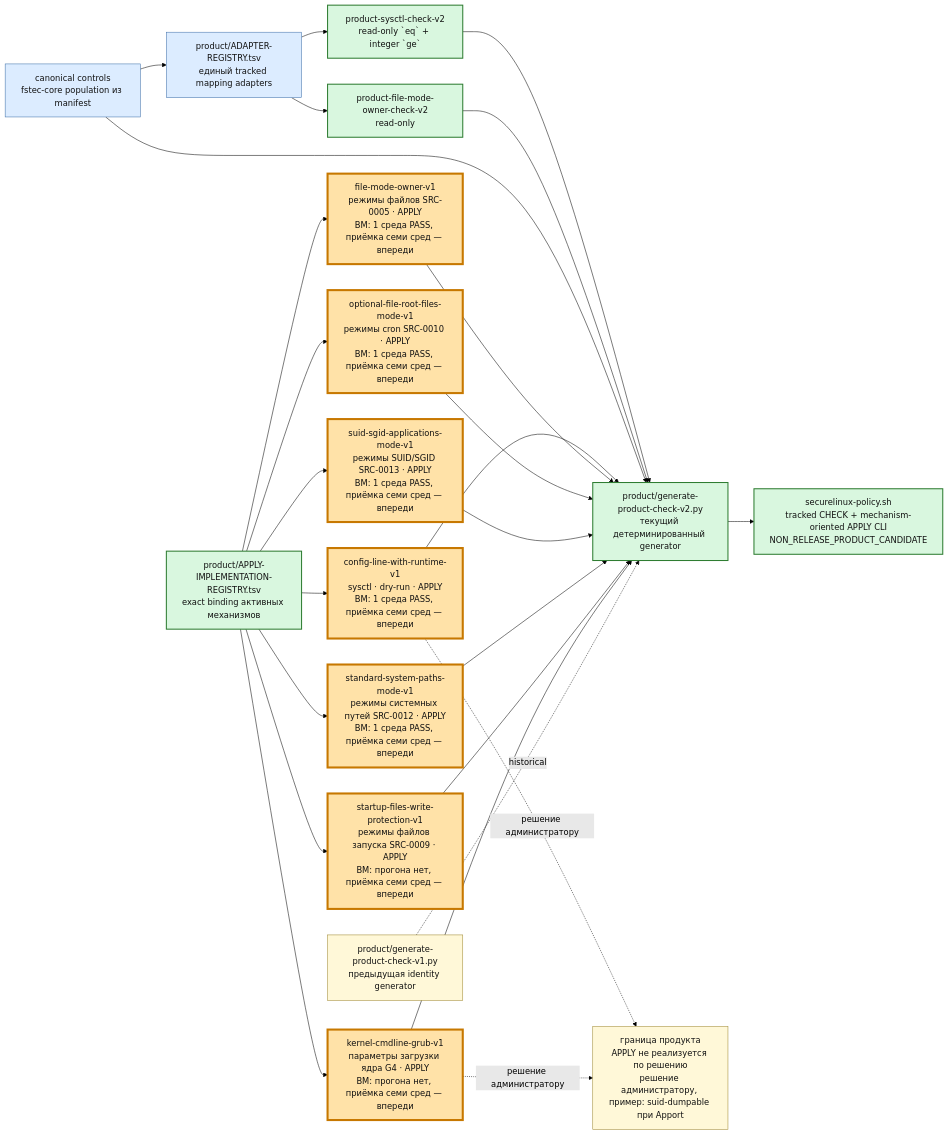
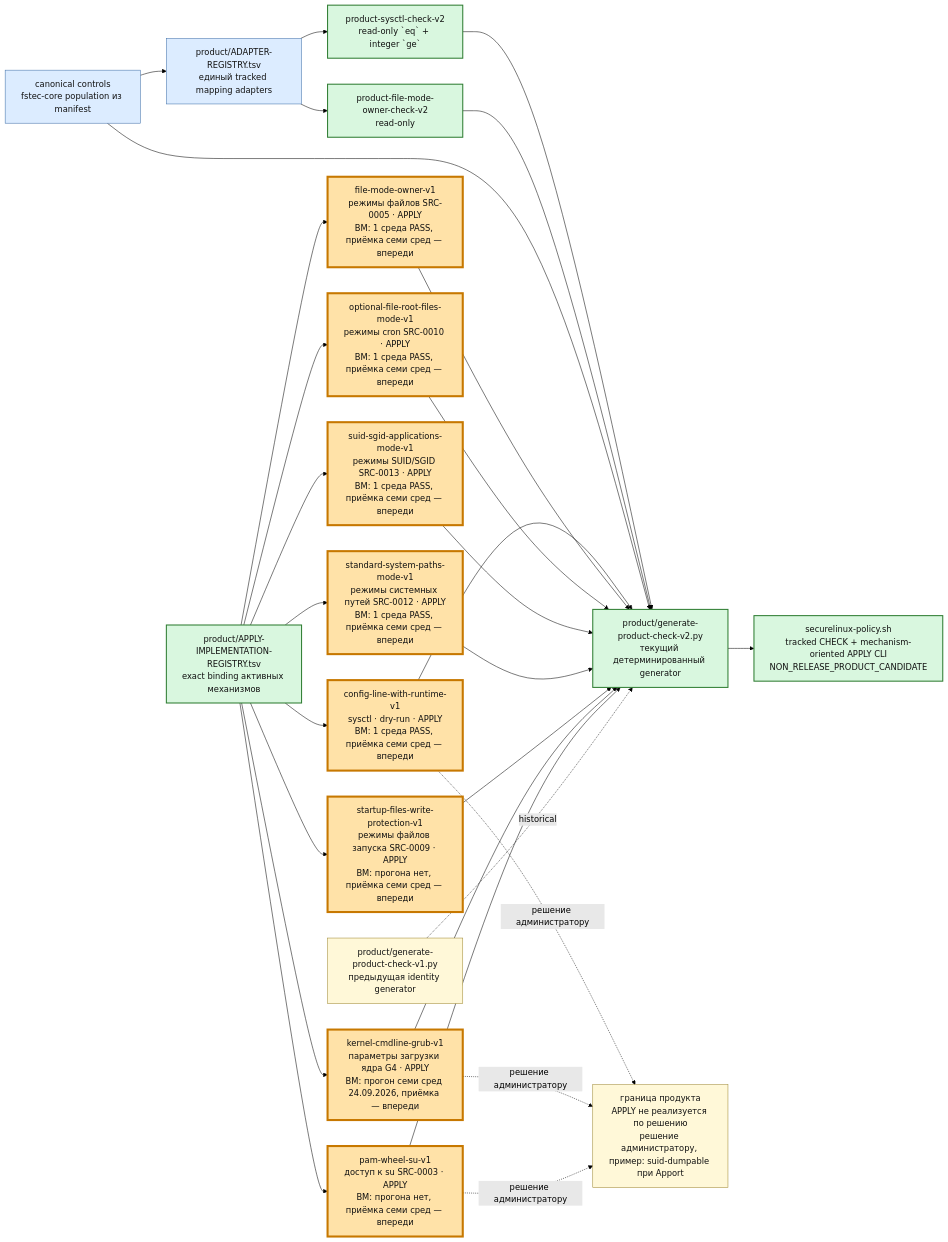
The third of 6 diagrams in docs/PROJECT-MAP.md (rasav65/SecureLinux-Policy), drawn with Mermaid (forest theme) before and after one commit. The commit also changed other lines of this file and 31 other files, not shown here.

First line of the commit message:
product: механизм APPLY pam-wheel-su-v1 для 2.2.1 su-wheel-access

````diff
--- a/docs/PROJECT-MAP.md
+++ b/docs/PROJECT-MAP.md
@@ -206,41 +206,44 @@
 ```mermaid
 flowchart LR
     CTRLNOW["canonical controls<br/>fstec-core population из manifest"]:::component
     REG["product/ADAPTER-REGISTRY.tsv<br/>единый tracked mapping adapters"]:::component
     SYS["product-sysctl-check-v2<br/>read-only `eq` + integer `ge`"]:::closed
     FILE["product-file-mode-owner-check-v2<br/>read-only"]:::closed
     GEN1["product/generate-product-check-v1.py<br/>предыдущая identity generator"]:::note
     GEN2["product/generate-product-check-v2.py<br/>текущий детерминированный generator"]:::closed
     IMPLREG["product/APPLY-IMPLEMENTATION-REGISTRY.tsv<br/>exact binding активных механизмов"]:::closed
     APPLY1["config-line-with-runtime-v1<br/>sysctl · dry-run · APPLY<br/>ВМ: 1 среда PASS, приёмка семи сред — впереди"]:::current
     APPLY2["file-mode-owner-v1<br/>режимы файлов SRC-0005 · APPLY<br/>ВМ: 1 среда PASS, приёмка семи сред — впереди"]:::current
     APPLY3["optional-file-root-files-mode-v1<br/>режимы cron SRC-0010 · APPLY<br/>ВМ: 1 среда PASS, приёмка семи сред — впереди"]:::current
     APPLY4["suid-sgid-applications-mode-v1<br/>режимы SUID/SGID SRC-0013 · APPLY<br/>ВМ: 1 среда PASS, приёмка семи сред — впереди"]:::current
     APPLY5["standard-system-paths-mode-v1<br/>режимы системных путей SRC-0012 · APPLY<br/>ВМ: 1 среда PASS, приёмка семи сред — впереди"]:::current
     APPLY6["startup-files-write-protection-v1<br/>режимы файлов запуска SRC-0009 · APPLY<br/>ВМ: прогона нет, приёмка семи сред — впереди"]:::current
-    APPLY7["kernel-cmdline-grub-v1<br/>параметры загрузки ядра G4 · APPLY<br/>ВМ: прогона нет, приёмка семи сред — впереди"]:::current
+    APPLY7["kernel-cmdline-grub-v1<br/>параметры загрузки ядра G4 · APPLY<br/>ВМ: прогон семи сред 24.09.2026, приёмка — впереди"]:::current
+    APPLY8["pam-wheel-su-v1<br/>доступ к su SRC-0003 · APPLY<br/>ВМ: прогона нет, приёмка семи сред — впереди"]:::current
     CLI["securelinux-policy.sh<br/>tracked CHECK + mechanism-oriented APPLY CLI<br/>NON_RELEASE_PRODUCT_CANDIDATE"]:::closed
     ADMIN["граница продукта<br/>APPLY не реализуется по решению<br/>решение администратору, пример: suid-dumpable при Apport"]:::note
 
     CTRLNOW --> REG
     REG --> SYS
     REG --> FILE
     SYS --> GEN2
     FILE --> GEN2
     CTRLNOW --> GEN2 --> CLI
     IMPLREG --> APPLY1 --> GEN2
     IMPLREG --> APPLY2 --> GEN2
     IMPLREG --> APPLY3 --> GEN2
     IMPLREG --> APPLY4 --> GEN2
     IMPLREG --> APPLY5 --> GEN2
     IMPLREG --> APPLY6 --> GEN2
     IMPLREG --> APPLY7 --> GEN2
+    IMPLREG --> APPLY8 --> GEN2
     APPLY1 -. решение администратору .-> ADMIN
     APPLY7 -. решение администратору .-> ADMIN
+    APPLY8 -. решение администратору .-> ADMIN
     GEN1 -. historical .-> GEN2
 
     classDef closed fill:#d9f7df,stroke:#2f7d32,color:#111,stroke-width:2px;
     classDef component fill:#dcecff,stroke:#3e6ea8,color:#111;
     classDef current fill:#ffe2a8,stroke:#c77800,color:#111,stroke-width:4px;
     classDef note fill:#fff8d8,stroke:#9d8730,color:#111;
 ```
````
